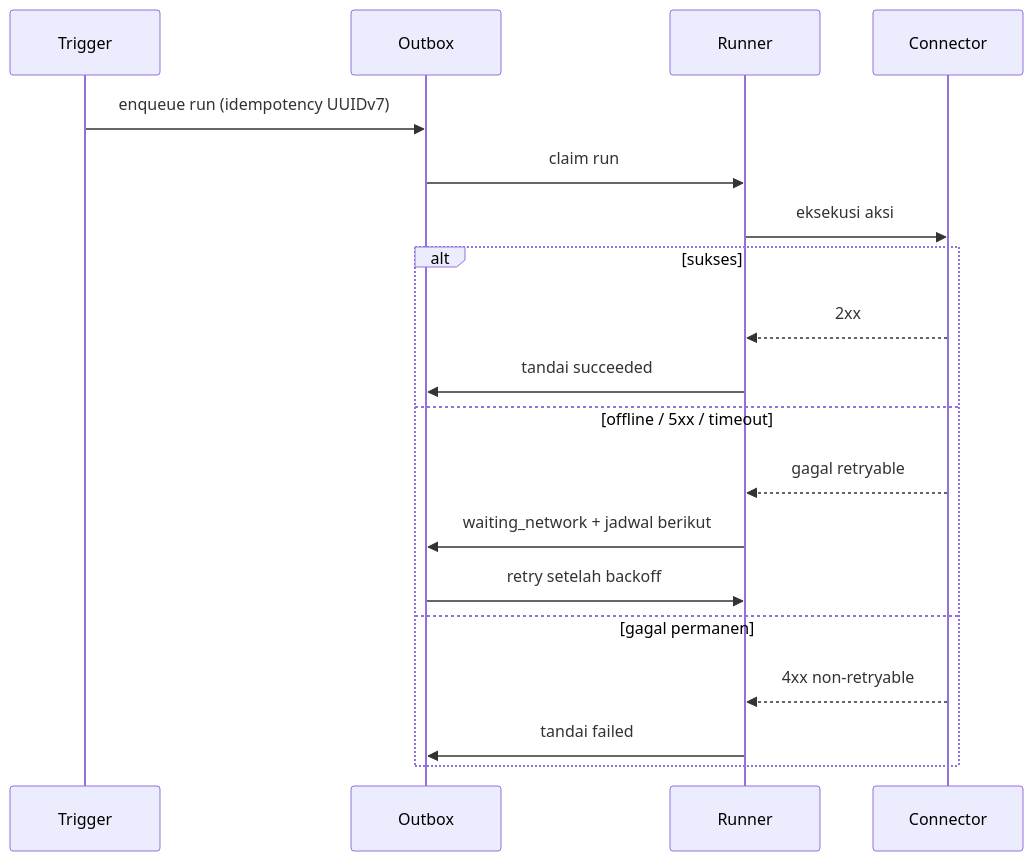
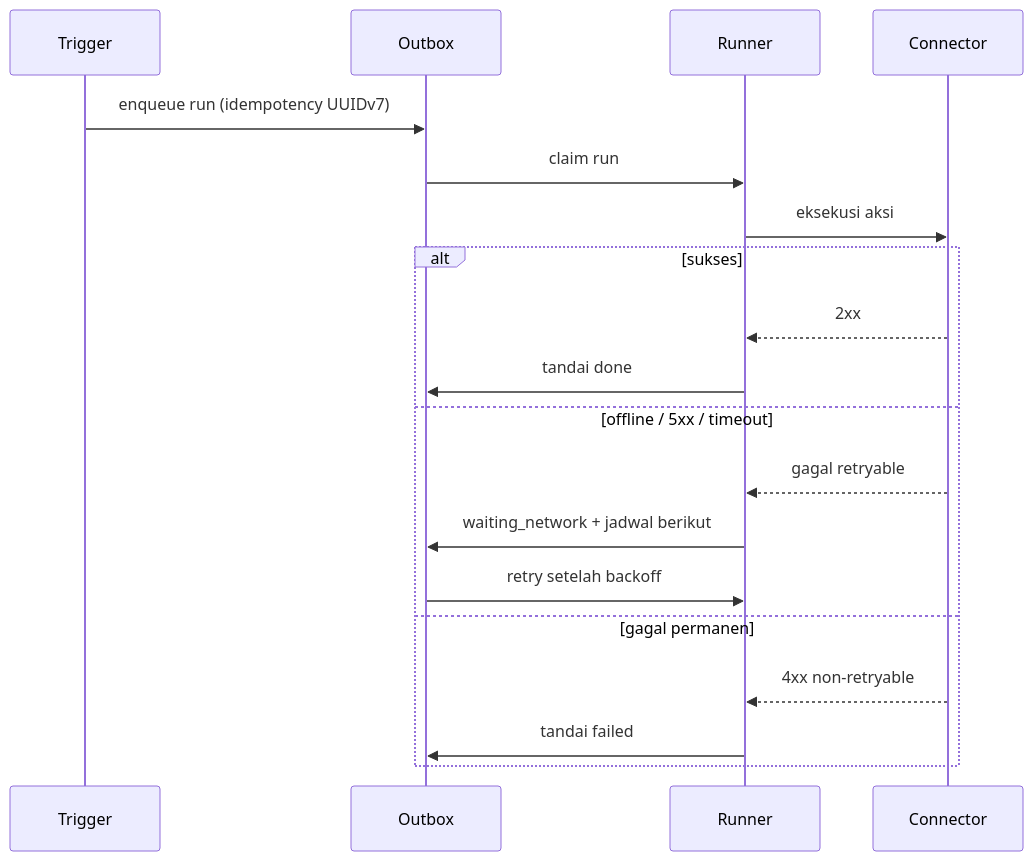
Before and after one commit to Reinvy/microapp-studio: the third of 3 diagrams in docs/01-architecture/ai-workflow.md, drawn with Mermaid. The commit also changed other lines of this file and 27 other files, not shown here.

````diff
--- a/docs/01-architecture/ai-workflow.md
+++ b/docs/01-architecture/ai-workflow.md
@@ -146,21 +146,21 @@
 ```mermaid
 sequenceDiagram
     participant T as Trigger
     participant O as Outbox
     participant R as Runner
     participant C as Connector
     T->>O: enqueue run (idempotency UUIDv7)
     O->>R: claim run
     R->>C: eksekusi aksi
     alt sukses
         C-->>R: 2xx
-        R->>O: tandai succeeded
+        R->>O: tandai done
     else offline / 5xx / timeout
         C-->>R: gagal retryable
         R->>O: waiting_network + jadwal berikut
         O->>R: retry setelah backoff
     else gagal permanen
         C-->>R: 4xx non-retryable
         R->>O: tandai failed
     end
 ```
````
